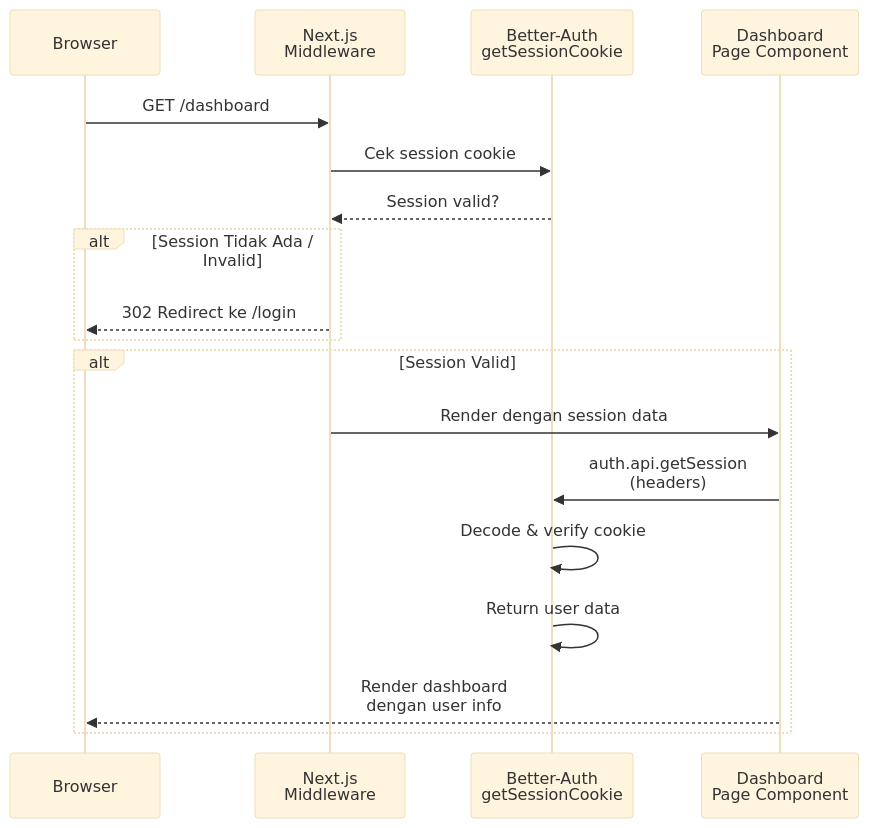
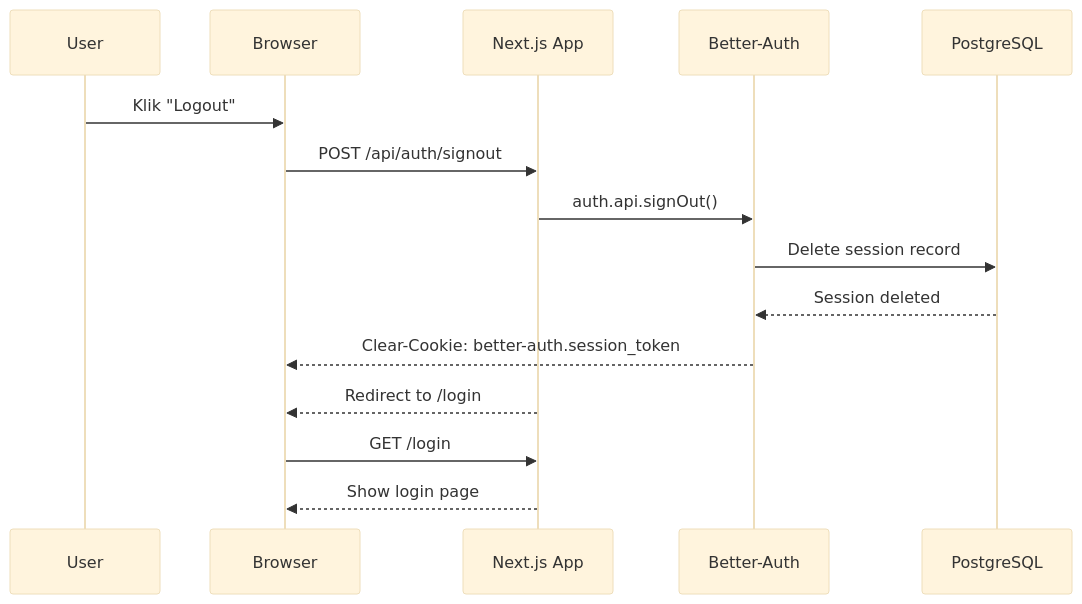
Before and after one commit to PKPL-Pusing-Kurang-Paham-Lurr/tk-2: the ninth of 18 diagrams in README.md, drawn with Mermaid (base theme). The commit also changed other lines of this file, not shown here.

````diff
--- a/README.md
+++ b/README.md
@@ -152,23 +424,18 @@
 ```mermaid
 sequenceDiagram
-    participant Browser
-    participant Next as Next.js<br/>Middleware
-    participant Auth as Better-Auth<br/>getSessionCookie
-    participant Page as Dashboard<br/>Page Component
+    participant U as User
+    participant B as Browser
+    participant N as Next.js App
+    participant A as Better-Auth
+    participant DB as PostgreSQL
 
-    Browser->>Next: GET /dashboard
-    Next->>Auth: Cek session cookie
-    Auth-->>Next: Session valid?
-    
-    alt Session Tidak Ada / Invalid
-        Next-->>Browser: 302 Redirect ke /login
-    end
-    
-    alt Session Valid
-        Next->>Page: Render dengan session data
-        Page->>Auth: auth.api.getSession<br/>(headers)
-        Auth->>Auth: Decode & verify cookie
-        Auth->>Auth: Return user data
-        Page-->>Browser: Render dashboard<br/>dengan user info
-    end
+    U->>B: Klik "Logout"
+    B->>N: POST /api/auth/signout
+    N->>A: auth.api.signOut()
+    A->>DB: Delete session record
+    DB-->>A: Session deleted
+    A-->>B: Clear-Cookie: better-auth.session_token
+    N-->>B: Redirect to /login
+    B->>N: GET /login
+    N-->>B: Show login page
 ```
````
